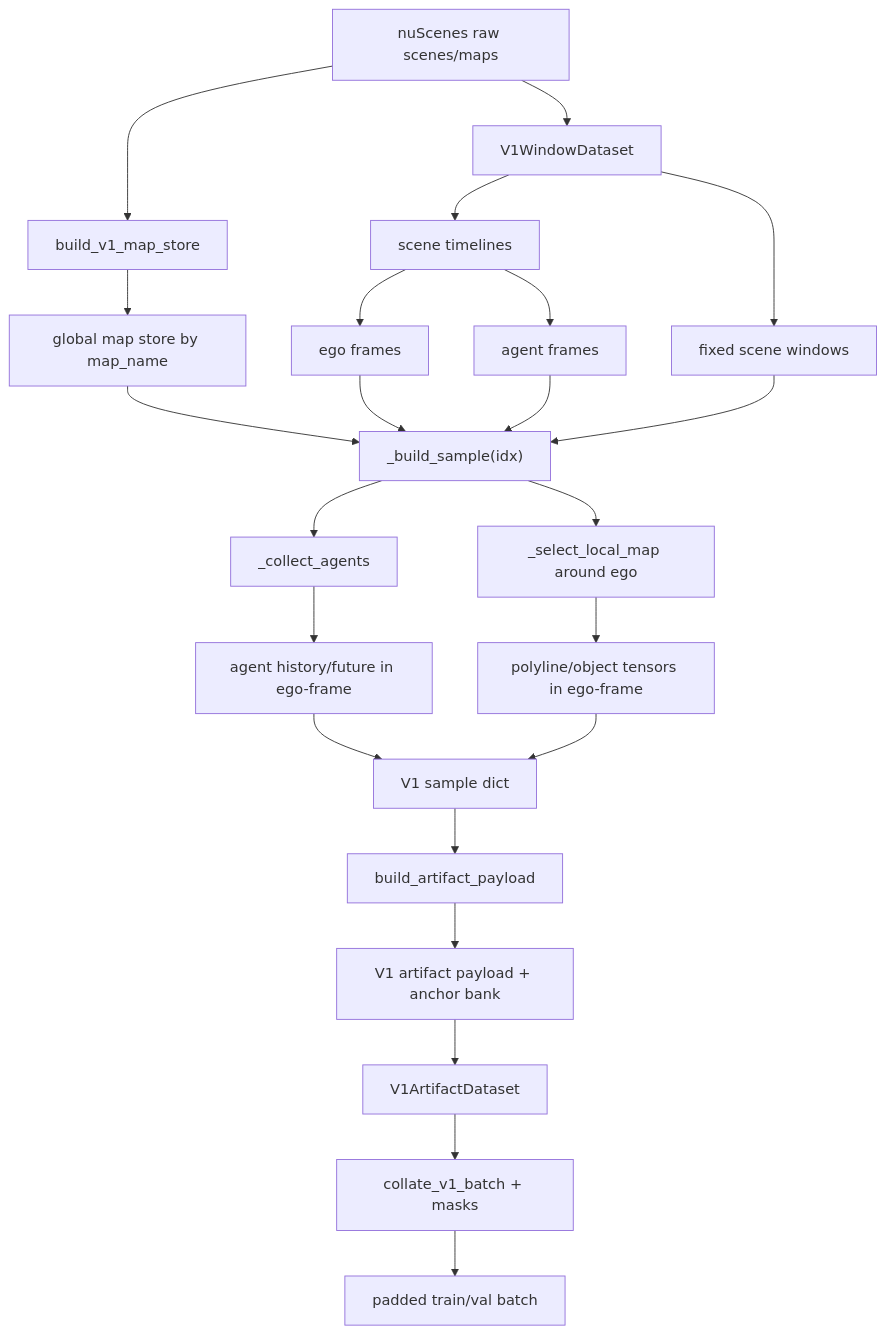
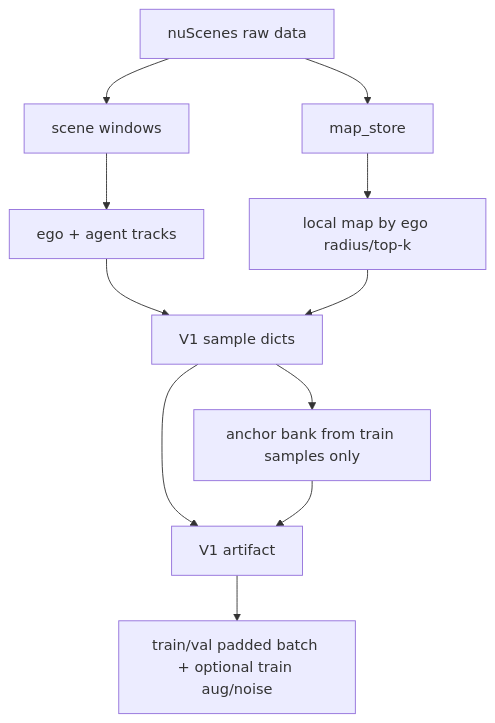
Before and after one commit to alibekula/motion_nuscenes: the first of 2 diagrams in README.md, drawn with Mermaid.

Commit message:
Simplify README data diagram

````diff
--- a/README.md
+++ b/README.md
@@ -36,30 +36,19 @@
 ```mermaid
 flowchart TD
-    A["nuScenes raw scenes/maps"] --> B["build_v1_map_store"]
-    B --> C["global map store by map_name"]
+    A["nuScenes raw data"]
 
-    A --> D["V1WindowDataset"]
-    D --> E["scene timelines"]
-    E --> F["ego frames"]
-    E --> G["agent frames"]
-    D --> H["fixed scene windows"]
+    A --> B["scene windows"]
+    B --> C["ego + agent tracks"]
 
-    C --> I["_build_sample(idx)"]
-    F --> I
-    G --> I
-    H --> I
+    A --> D["map_store"]
+    D --> E["local map by ego radius/top-k"]
 
-    I --> J["_collect_agents"]
-    J --> K["agent history/future in ego-frame"]
+    C --> F["V1 sample dicts"]
+    E --> F
 
-    I --> L["_select_local_map around ego"]
-    L --> M["polyline/object tensors in ego-frame"]
+    F --> G["anchor bank from train samples only"]
+    F --> H["V1 artifact"]
+    G --> H
 
-    K --> N["V1 sample dict"]
-    M --> N
-    N --> O["build_artifact_payload"]
-    O --> P["V1 artifact payload + anchor bank"]
-    P --> Q["V1ArtifactDataset"]
-    Q --> R["collate_v1_batch + masks"]
-    R --> S["padded train/val batch"]
+    H --> I["train/val padded batch + optional train aug/noise"]
 ```
````
